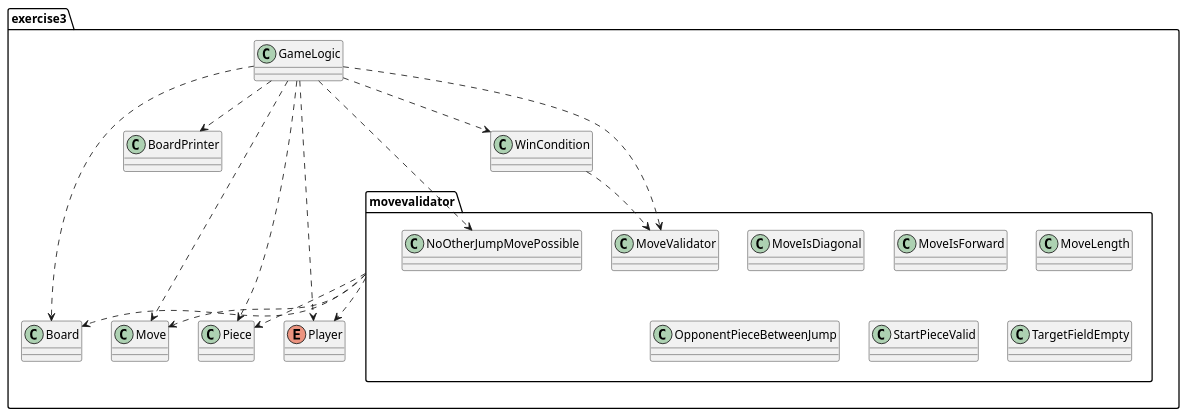
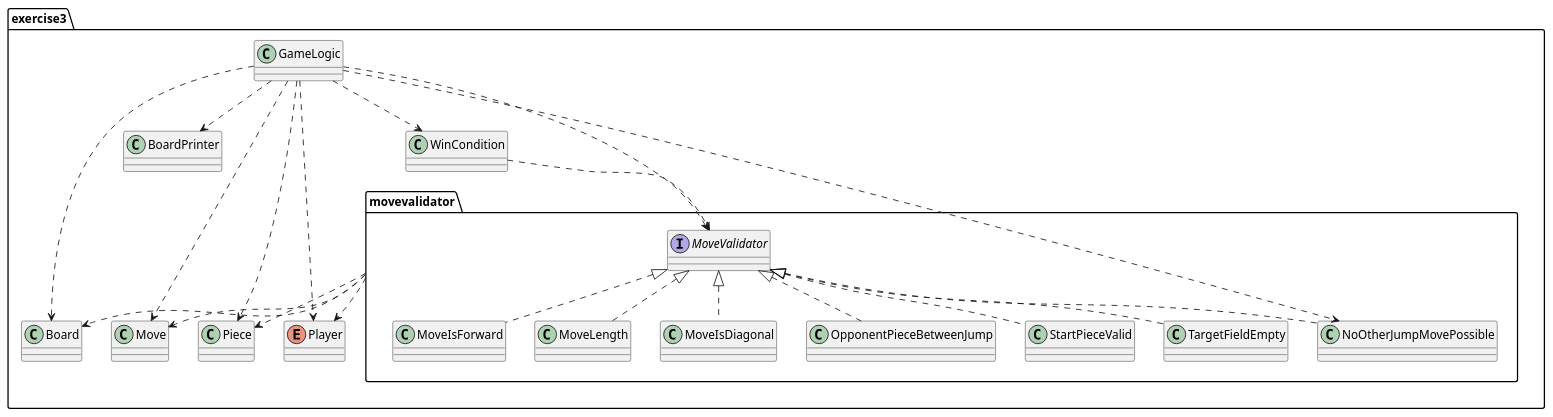
One commit to soco21/soco21 changed the diagram in assignment-1/exercise2/Class Diagramm Checkers.puml. Above: the diagram before and after it, drawn with PlantUML.

Commit message:
Class Diagramm Checkers.puml: show relation between MoveValidator interface and implementations

```diff
--- a/assignment-1/exercise2/Class Diagramm Checkers.puml
+++ b/assignment-1/exercise2/Class Diagramm Checkers.puml
@@ -1,34 +1,42 @@
 @startuml
 package exercise3{
 package movevalidator {
 class MoveIsDiagonal
 class MoveIsForward
 class MoveLength
-class MoveValidator
+interface MoveValidator
 class NoOtherJumpMovePossible
 class OpponentPieceBetweenJump
 class StartPieceValid
 class TargetFieldEmpty
 }
 class Board
 class BoardPrinter
 class GameLogic
 class Move
 class Piece
 enum Player
 class WinCondition
 }
 movevalidator ..> Board
 movevalidator ..> Move
 movevalidator ..> Piece
 movevalidator ..> Player
 GameLogic ..> BoardPrinter
 GameLogic ..> Board
 GameLogic ..> WinCondition
 GameLogic ..> Move
 GameLogic ..> Piece
 GameLogic ..> Player
 GameLogic ..> MoveValidator
 GameLogic ..> NoOtherJumpMovePossible
 WinCondition ..> MoveValidator
+
+MoveValidator <|.. NoOtherJumpMovePossible
+MoveValidator <|.. MoveIsDiagonal
+MoveValidator <|.. MoveIsForward
+MoveValidator <|.. MoveLength
+MoveValidator <|.. OpponentPieceBetweenJump
+MoveValidator <|.. StartPieceValid
+MoveValidator <|.. TargetFieldEmpty
 @enduml
```
